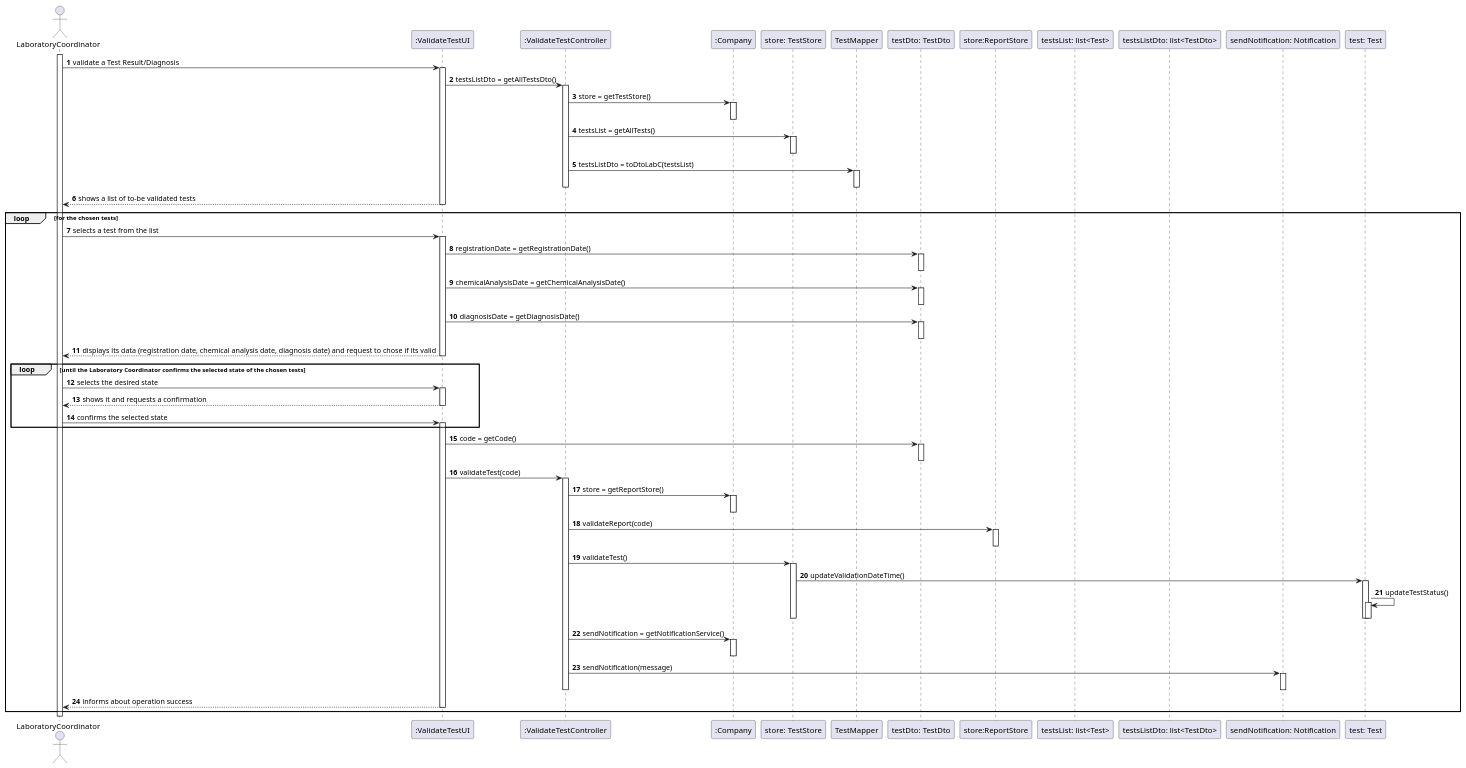
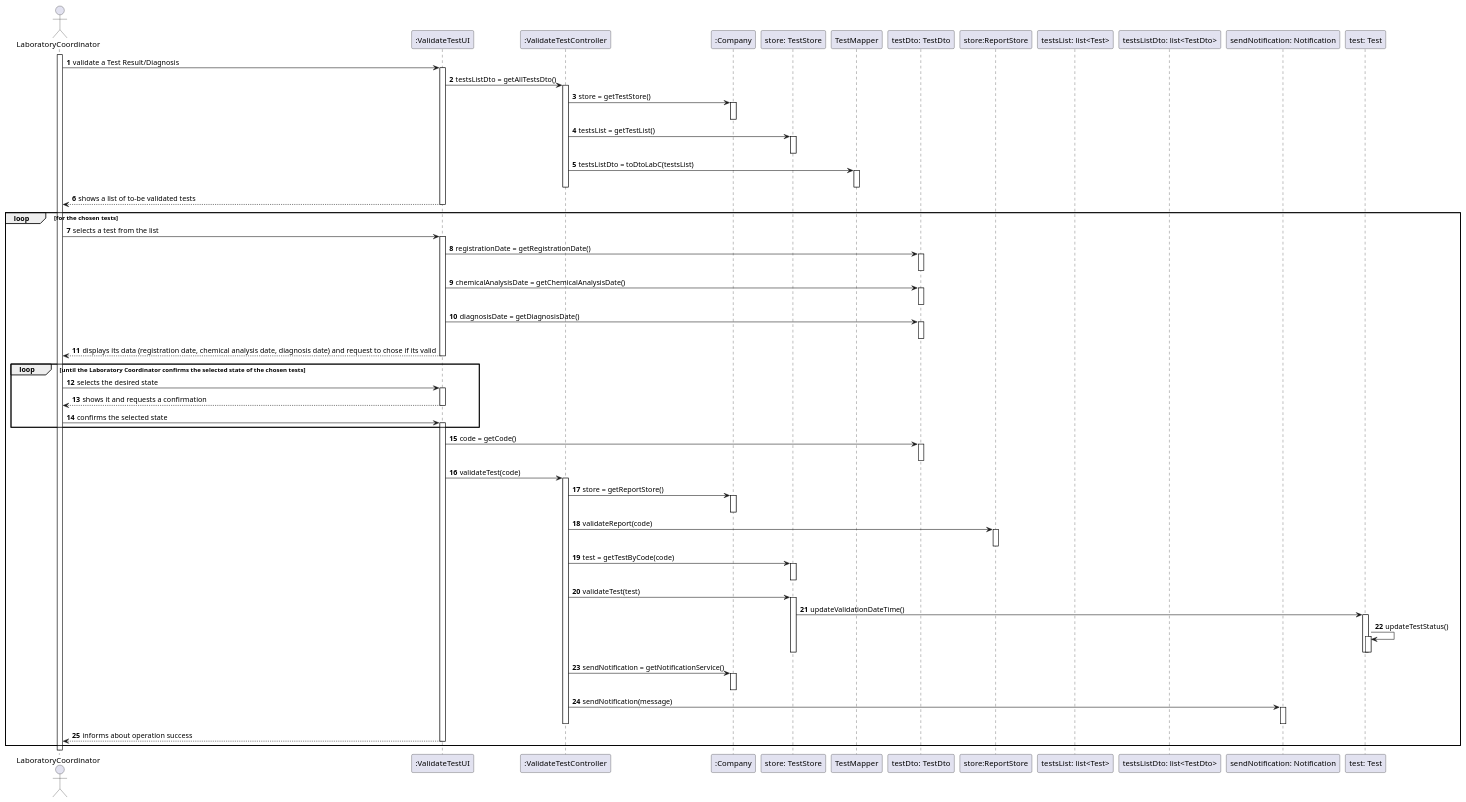
Before and after one commit to 0franciscor/lei-21-s2-1de-g19: the diagram in docs/SprintC/US15/US15-SD.puml, drawn with PlantUML. The commit also changed 5 other files, not shown here.

```diff
--- a/docs/SprintC/US15/US15-SD.puml
+++ b/docs/SprintC/US15/US15-SD.puml
@@ -1,140 +1,144 @@
 @startuml
 autonumber
 
 actor "LaboratoryCoordinator" as labC
 activate labC
 
 participant ":ValidateTestUI" as validateTestUI
 participant ":ValidateTestController" as validateTestCont
 participant ":Company" as comp
 participant "store: TestStore" as TestStore
 participant "TestMapper" as TestMapper
 participant "testDto: TestDto" as TestDto
 participant "store:ReportStore" as ReportStore
 participant "testsList: list<Test>" as testsList
 participant "testsListDto: list<TestDto>" as testsListDto
 participant "sendNotification: Notification" as notification
 participant "test: Test" as test
 
 
 labC -> validateTestUI : validate a Test Result/Diagnosis
 
 
 activate validateTestUI
 validateTestUI -> validateTestCont: testsListDto = getAllTestsDto()
 
 
 activate validateTestCont
 
 
 validateTestCont -> comp : store = getTestStore()
 activate comp
 deactivate comp
 
 
-validateTestCont -> TestStore : testsList = getAllTests()
+validateTestCont -> TestStore : testsList = getTestList()
 activate TestStore
 deactivate TestStore
 
 
 validateTestCont -> TestMapper : testsListDto = toDtoLabC(testsList)
 activate TestMapper
 deactivate TestMapper
 
 
 deactivate validateTestCont
 
 
 validateTestUI --> labC : shows a list of to-be validated tests
 deactivate validateTestUI
 
 
 loop for the chosen tests
 labC -> validateTestUI : selects a test from the list
 activate validateTestUI
 
 
 validateTestUI -> TestDto : registrationDate = getRegistrationDate()
 activate TestDto
 deactivate TestDto
 
 
 validateTestUI -> TestDto : chemicalAnalysisDate = getChemicalAnalysisDate()
 activate TestDto
 deactivate TestDto
 
 
 validateTestUI -> TestDto : diagnosisDate = getDiagnosisDate()
 activate TestDto
 deactivate TestDto
 
 
 validateTestUI --> labC : displays its data (registration date, chemical analysis date, diagnosis date) and request to chose if its valid
 deactivate validateTestUI
 
 
 deactivate validateTestUI
 
 
 loop until the Laboratory Coordinator confirms the selected state of the chosen tests
 labC -> validateTestUI : selects the desired state
 activate validateTestUI
 
 
 validateTestUI --> labC : shows it and requests a confirmation
 deactivate validateTestUI
 
 labC -> validateTestUI : confirms the selected state
 activate validateTestUI
 end
 
 
 validateTestUI -> TestDto : code = getCode()
 activate TestDto
 deactivate TestDto
 
 
 validateTestUI -> validateTestCont : validateTest(code)
 
 
 activate validateTestCont
 
 validateTestCont -> comp: store = getReportStore()
 activate comp
 deactivate comp
 
 
 validateTestCont -> ReportStore : validateReport(code)
 activate ReportStore
 deactivate ReportStore
 
-validateTestCont -> TestStore : validateTest()
+validateTestCont -> TestStore : test = getTestByCode(code)
+activate TestStore
+deactivate TestStore
+
+validateTestCont -> TestStore : validateTest(test)
 activate TestStore
 
 
 TestStore -> test ++: updateValidationDateTime()
 
 
 test -> test ++: updateTestStatus()
 deactivate test
 deactivate test
 deactivate TestStore
 
 
 validateTestCont -> comp: sendNotification = getNotificationService()
 activate comp
 deactivate comp
 
 
 validateTestCont -> notification: sendNotification(message)
 activate notification
 deactivate notification
 deactivate validateTestCont
 
 
 validateTestUI --> labC : informs about operation success
 deactivate validateTestCont
 deactivate validateTestUI
 
 end
 @enduml
```
